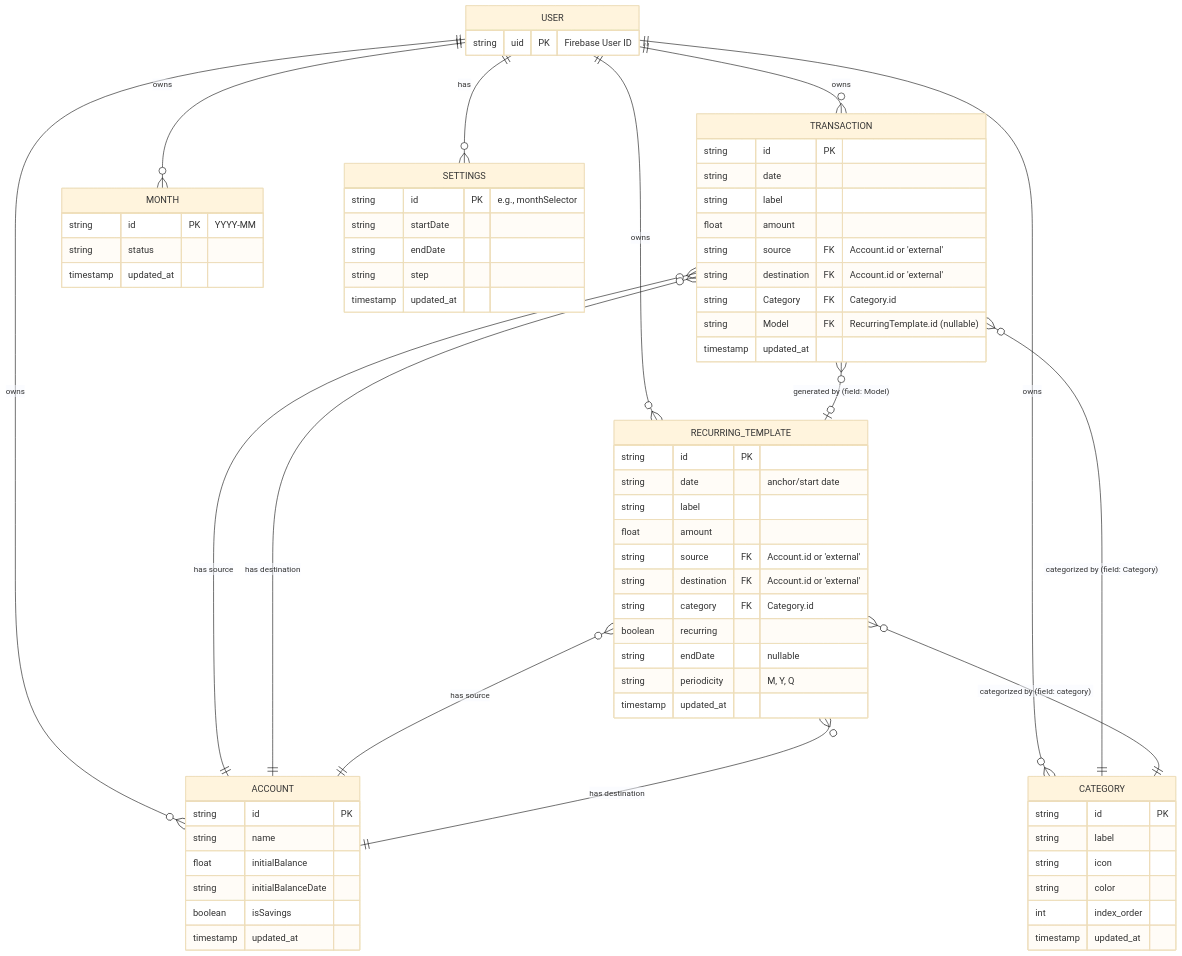
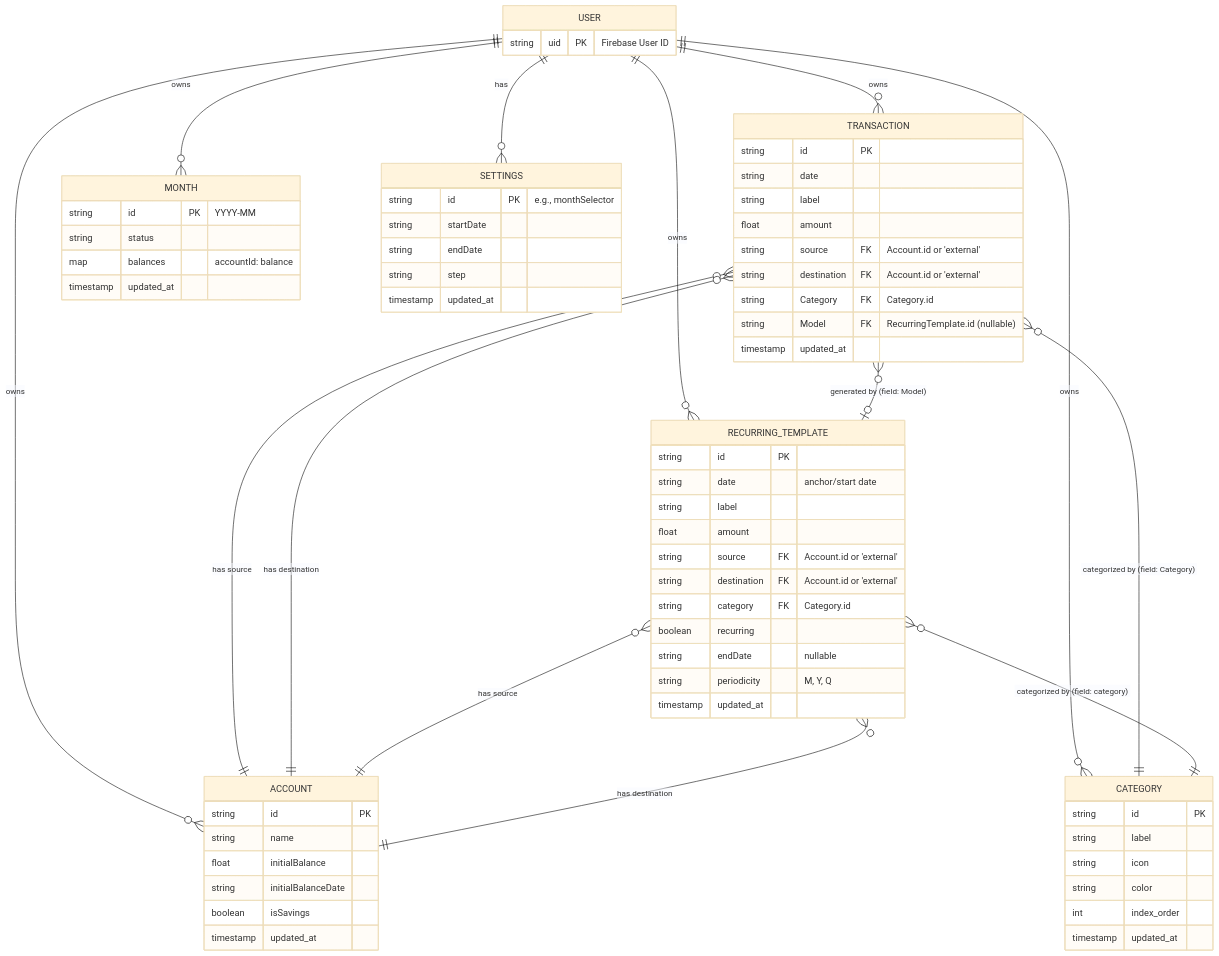
One commit to patricktsemengue/strady-budget changed the diagram in doc/erd.mermaid. Above: the diagram before and after it, drawn with Mermaid (base theme). The commit also changed 18 other files, not shown here.

```diff
--- a/doc/erd.mermaid
+++ b/doc/erd.mermaid
@@ -1,78 +1,79 @@
 erDiagram
     USER {
         string uid PK "Firebase User ID"
     }
 
     USER ||--o{ ACCOUNT : owns
     USER ||--o{ CATEGORY : owns
     USER ||--o{ TRANSACTION : owns
     USER ||--o{ RECURRING_TEMPLATE : owns
     USER ||--o{ MONTH : owns
     USER ||--o{ SETTINGS : has
 
     SETTINGS {
         string id PK "e.g., monthSelector"
         string startDate
         string endDate
         string step
         timestamp updated_at
     }
 
     ACCOUNT {
         string id PK
         string name
         float initialBalance
         string initialBalanceDate
         boolean isSavings
         timestamp updated_at
     }
 
     CATEGORY {
         string id PK
         string label
         string icon
         string color
         int index_order
         timestamp updated_at
     }
 
     TRANSACTION {
         string id PK
         string date
         string label
         float amount
         string source FK "Account.id or 'external'"
         string destination FK "Account.id or 'external'"
         string Category FK "Category.id"
         string Model FK "RecurringTemplate.id (nullable)"
         timestamp updated_at
     }
 
     RECURRING_TEMPLATE {
         string id PK
         string date "anchor/start date"
         string label
         float amount
         string source FK "Account.id or 'external'"
         string destination FK "Account.id or 'external'"
         string category FK "Category.id"
         boolean recurring
         string endDate "nullable"
         string periodicity "M, Y, Q"
         timestamp updated_at
     }
 
     MONTH {
         string id PK "YYYY-MM"
         string status
+        map balances "accountId: balance"
         timestamp updated_at
     }
 
     TRANSACTION }o--|| ACCOUNT : "has source"
     TRANSACTION }o--|| ACCOUNT : "has destination"
     TRANSACTION }o--|| CATEGORY : "categorized by (field: Category)"
     TRANSACTION }o--o| RECURRING_TEMPLATE : "generated by (field: Model)"
 
     RECURRING_TEMPLATE }o--|| ACCOUNT : "has source"
     RECURRING_TEMPLATE }o--|| ACCOUNT : "has destination"
     RECURRING_TEMPLATE }o--|| CATEGORY : "categorized by (field: category)"
```
